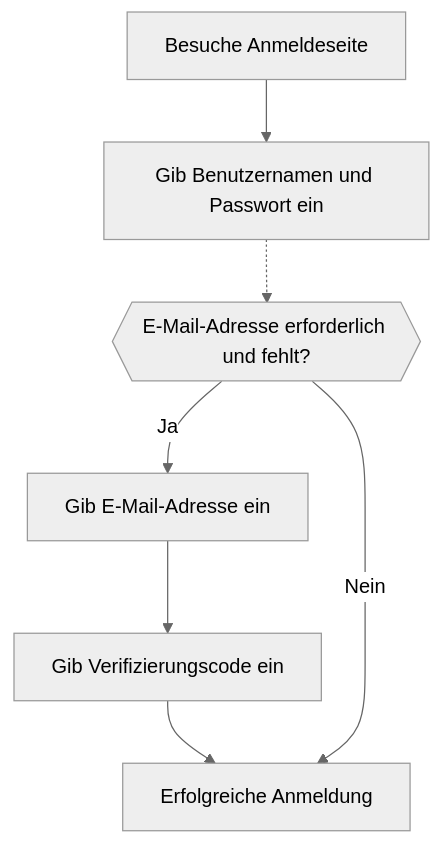
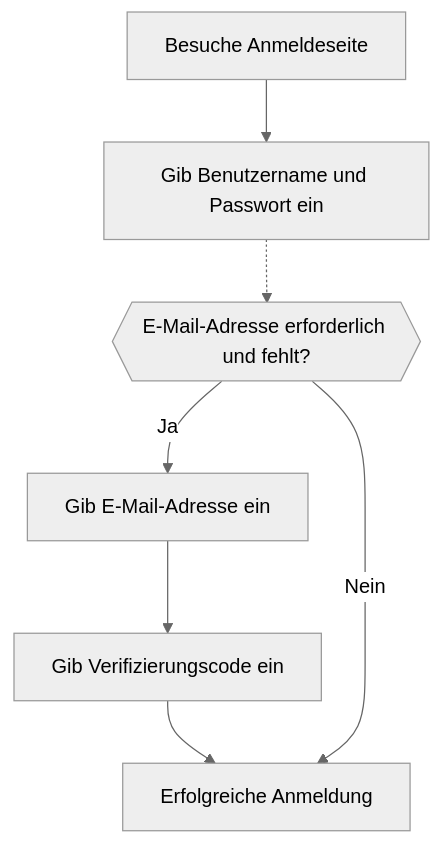
Before and after one commit to logto-io/docs: the diagram in i18n/de/docusaurus-plugin-content-docs/current/end-user-flows/sign-up-and-sign-in/sign-in.mdx, drawn with Mermaid (neutral theme). The commit also changed other lines of this file and 2629 other files, not shown here.

````diff
--- a/i18n/de/docusaurus-plugin-content-docs/current/end-user-flows/sign-up-and-sign-in/sign-in.mdx
+++ b/i18n/de/docusaurus-plugin-content-docs/current/end-user-flows/sign-up-and-sign-in/sign-in.mdx
@@ -87,9 +93,9 @@
 ```mermaid
 flowchart TD
-    A[Besuche Anmeldeseite] --> B[Gib Benutzernamen und Passwort ein]
+    A[Besuche Anmeldeseite] --> B[Gib Benutzername und Passwort ein]
     B -.-> C{{E-Mail-Adresse erforderlich und fehlt?}}
     C -->|Ja| D[Gib E-Mail-Adresse ein]
     D --> E[Gib Verifizierungscode ein]
     E --> F[Erfolgreiche Anmeldung]
     C --> |Nein| F
 ```
````
